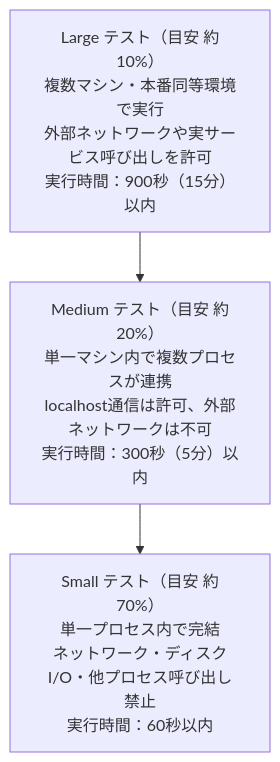
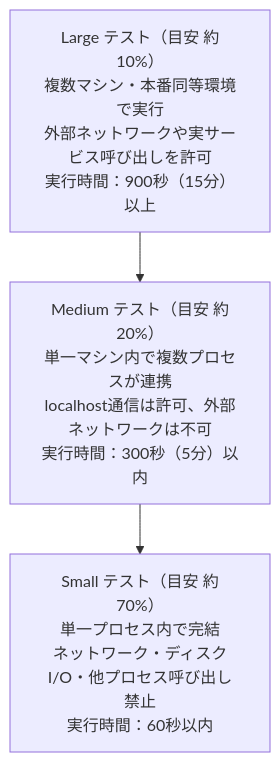
Before and after one commit to myoshi2891/Quality-Assurance-Studies: the third of 7 diagrams in How-google-tests-software-guide.md, drawn with Mermaid. The commit also changed other lines of this file, not shown here.

````diff
--- a/How-google-tests-software-guide.md
+++ b/How-google-tests-software-guide.md
@@ -119,7 +119,7 @@
 ```mermaid
 flowchart TB
-    L["Large テスト（目安 約10%）<br/>複数マシン・本番同等環境で実行<br/>外部ネットワークや実サービス呼び出しを許可<br/>実行時間：900秒（15分）以内"]
+    L["Large テスト（目安 約10%）<br/>複数マシン・本番同等環境で実行<br/>外部ネットワークや実サービス呼び出しを許可<br/>実行時間：900秒（15分）以上"]
     M["Medium テスト（目安 約20%）<br/>単一マシン内で複数プロセスが連携<br/>localhost通信は許可、外部ネットワークは不可<br/>実行時間：300秒（5分）以内"]
     S["Small テスト（目安 約70%）<br/>単一プロセス内で完結<br/>ネットワーク・ディスクI/O・他プロセス呼び出し禁止<br/>実行時間：60秒以内"]
     L --> M --> S
 ```
````
